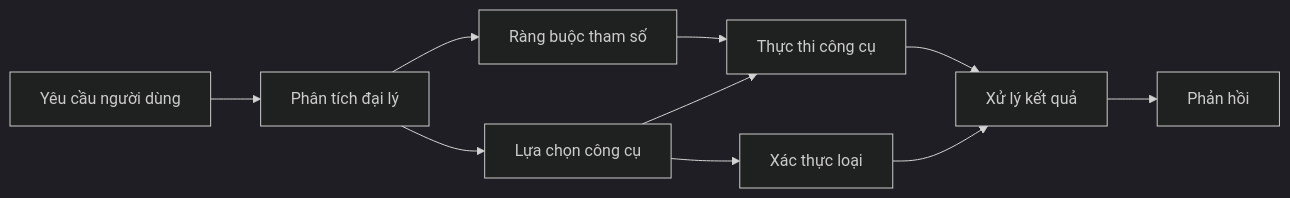
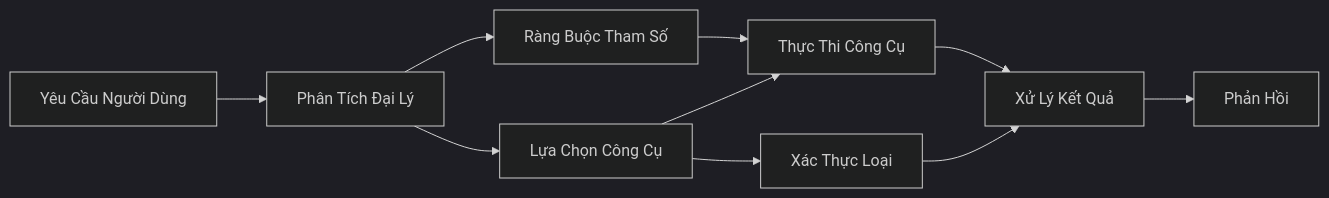
Before and after one commit to venturemavenwill/azureaifundamentals: the diagram in translations/vi/04-tool-use/code_samples/04-dotnet-agent-framework.md, drawn with Mermaid (dark theme). The commit also changed other lines of this file and 2002 other files, not shown here.

````diff
--- a/translations/vi/04-tool-use/code_samples/04-dotnet-agent-framework.md
+++ b/translations/vi/04-tool-use/code_samples/04-dotnet-agent-framework.md
@@ -40,12 +40,12 @@
 ```mermaid
 graph LR
-    A[Yêu cầu người dùng] --> B[Phân tích đại lý]
-    B --> C[Lựa chọn công cụ]
-    C --> D[Xác thực loại]
-    B --> E[Ràng buộc tham số]
-    E --> F[Thực thi công cụ]
+    A[Yêu Cầu Người Dùng] --> B[Phân Tích Đại Lý]
+    B --> C[Lựa Chọn Công Cụ]
+    C --> D[Xác Thực Loại]
+    B --> E[Ràng Buộc Tham Số]
+    E --> F[Thực Thi Công Cụ]
     C --> F
-    F --> G[Xử lý kết quả]
+    F --> G[Xử Lý Kết Quả]
     D --> G
-    G --> H[Phản hồi]
+    G --> H[Phản Hồi]
 ```
````
